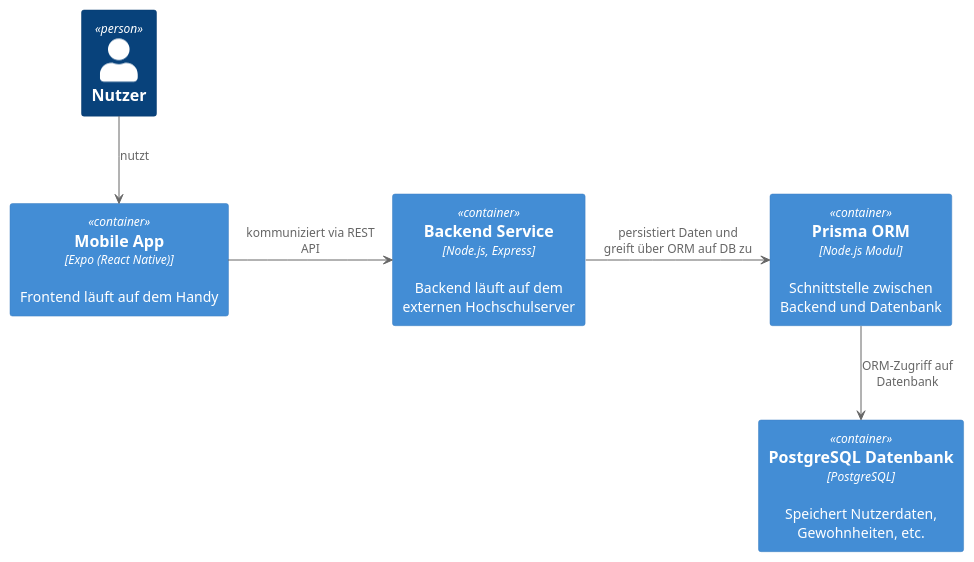
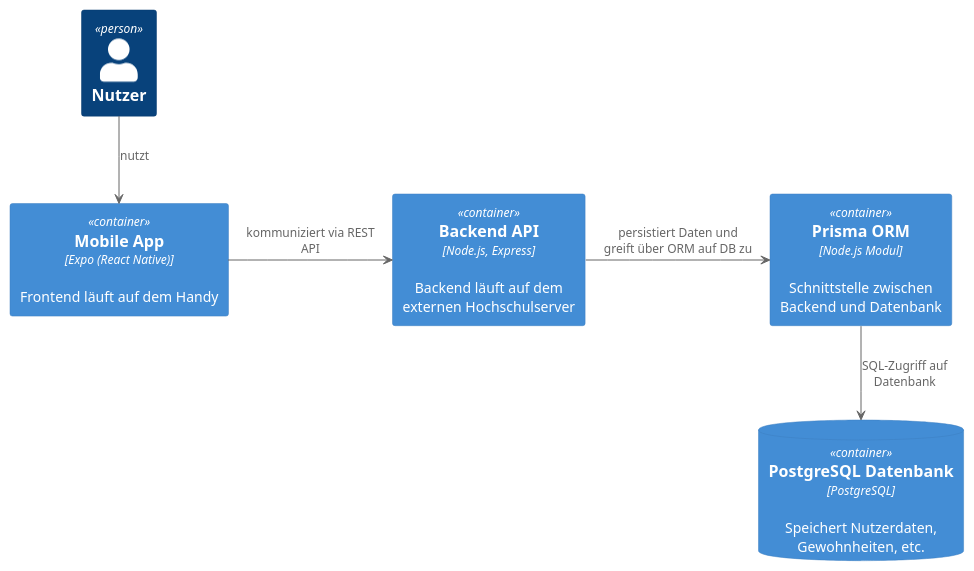
The diagram in docs/architecture/plantuml/c4-habitree-level2.plantuml (laurenzzzzzz/htwd-se1-habitree), drawn with PlantUML before and after one commit. The commit also changed 45 other files, not shown here.

Commit message:
Update architecture_notebook.adoc Hinzufügen Softwaredokumentation generierung mittels TypeDoc -> dazu leichte Anpassung im Code wegen Compiler, Anpassung C4 Diagramme

```diff
--- a/docs/architecture/plantuml/c4-habitree-level2.plantuml
+++ b/docs/architecture/plantuml/c4-habitree-level2.plantuml
@@ -1,21 +1,22 @@
-@startuml C4-level2
-!include https://raw.githubusercontent.com/plantuml-stdlib/C4-PlantUML/master/C4_Container.puml
+@startuml c4-habitree-level2
+!include <C4/C4_Context>
+!include <C4/C4_Container>
 
 Person(Nutzer, "Nutzer")
 
 Container(frontend, "Mobile App", "Expo (React Native)", "Frontend läuft auf dem Handy")
-Container(backend, "Backend Service", "Node.js, Express", "Backend läuft auf dem externen Hochschulserver")
+Container(backend, "Backend API", "Node.js, Express", "Backend läuft auf dem externen Hochschulserver")
 
-Container(db, "PostgreSQL Datenbank", "PostgreSQL", "Speichert Nutzerdaten, Gewohnheiten, etc.")
+ContainerDb(db, "PostgreSQL Datenbank", "PostgreSQL", "Speichert Nutzerdaten, Gewohnheiten, etc.")
 Container(prisma, "Prisma ORM", "Node.js Modul", "Schnittstelle zwischen Backend und Datenbank")
 
 Nutzer --> frontend : nutzt
 
 frontend -> backend : kommuniziert via REST API 
-prisma --> db : ORM-Zugriff auf Datenbank
+prisma --> db : SQL-Zugriff auf Datenbank
 
 backend -> prisma : persistiert Daten und greift über ORM auf DB zu
 
 
 
 @enduml
```
